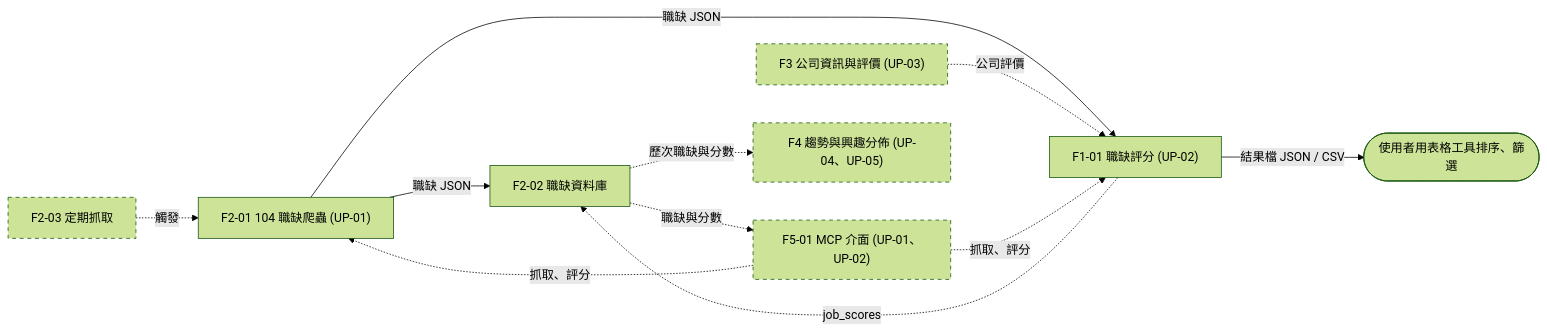
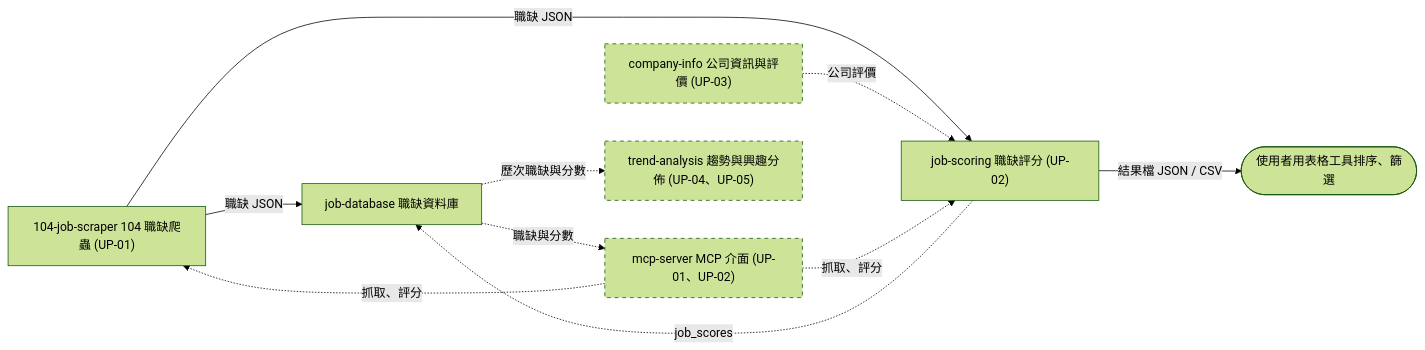
Before and after one commit to dlhdb/job-matching: the diagram in docs/README.md, drawn with Mermaid (forest theme). The commit also changed other lines of this file and 12 other files, not shown here.

````diff
--- a/docs/README.md
+++ b/docs/README.md
@@ -67,16 +56,15 @@
 ```mermaid
 flowchart LR
-    F201["F2-01 104 職缺爬蟲 (UP-01)"] -->|職缺 JSON| F202["F2-02 職缺資料庫"]
-    F203["F2-03 定期抓取"] -.->|觸發| F201
-    F201 -->|職缺 JSON| F101["F1-01 職缺評分 (UP-02)"]
-    F101 -->|結果檔 JSON / CSV| U(["使用者用表格工具排序、篩選"])
-    F101 -.->|job_scores| F202
-    F3["F3 公司資訊與評價 (UP-03)"] -.->|公司評價| F101
-    F202 -.->|職缺與分數| F501["F5-01 MCP 介面 (UP-01、UP-02)"]
-    F501 -.->|抓取、評分| F201
-    F501 -.->|抓取、評分| F101
-    F202 -.->|歷次職缺與分數| F4["F4 趨勢與興趣分佈 (UP-04、UP-05)"]
+    scraper["104-job-scraper 104 職缺爬蟲 (UP-01)"] -->|職缺 JSON| db["job-database 職缺資料庫"]
+    scraper -->|職缺 JSON| scoring["job-scoring 職缺評分 (UP-02)"]
+    scoring -->|結果檔 JSON / CSV| U(["使用者用表格工具排序、篩選"])
+    scoring -.->|job_scores| db
+    company["company-info 公司資訊與評價 (UP-03)"] -.->|公司評價| scoring
+    db -.->|職缺與分數| mcp["mcp-server MCP 介面 (UP-01、UP-02)"]
+    mcp -.->|抓取、評分| scraper
+    mcp -.->|抓取、評分| scoring
+    db -.->|歷次職缺與分數| trend["trend-analysis 趨勢與興趣分佈 (UP-04、UP-05)"]
 
     classDef planned stroke-dasharray: 5 5
-    class F203,F3,F501,F4 planned
+    class company,mcp,trend planned
 ```
````
